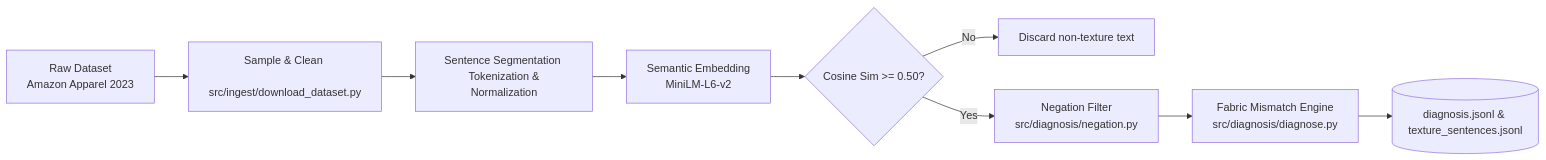
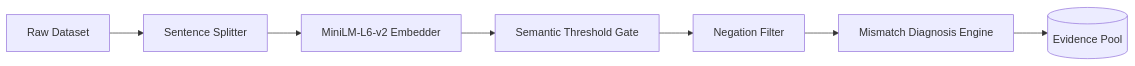
Before and after one commit to addy9051/True-texture-detector-AI-system: the first of 3 diagrams in docs/02_data_pipeline_nlp.md, drawn with Mermaid. The commit also changed other lines of this file and 7 other files, not shown here.

Commit message:
docs: add comprehensive system documentation for architecture, LLMOps, pipeline operations, and developer guides.

````diff
--- a/docs/02_data_pipeline_nlp.md
+++ b/docs/02_data_pipeline_nlp.md
@@ -7,11 +7,9 @@
 ```mermaid
 flowchart LR
-    A[Raw Dataset <br/> Amazon Apparel 2023] --> B[Sample & Clean <br/> src/ingest/download_dataset.py]
-    B --> C[Sentence Segmentation <br/> Tokenization & Normalization]
-    C --> D[Semantic Embedding <br/> MiniLM-L6-v2]
-    D --> E{Cosine Sim >= 0.50?}
-    E -- No --> F[Discard non-texture text]
-    E -- Yes --> G[Negation Filter <br/> src/diagnosis/negation.py]
-    G --> H[Fabric Mismatch Engine <br/> src/diagnosis/diagnose.py]
-    H --> I[(diagnosis.jsonl & texture_sentences.jsonl)]
+    A[Raw Dataset] --> B[Sentence Splitter]
+    B --> C[MiniLM-L6-v2 Embedder]
+    C --> D[Semantic Threshold Gate]
+    D --> E[Negation Filter]
+    E --> F[Mismatch Diagnosis Engine]
+    F --> G[(Evidence Pool)]
 ```
````
